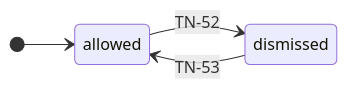
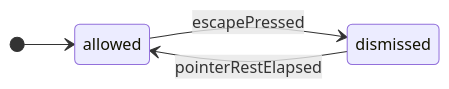
Diagram 12 of 14 in docs/spec/_assets/tbl-state-machines.md (GoodRelax/gr-scheduler), drawn with Mermaid before and after one commit. The commit also changed other lines of this file and 22 other files, not shown here.

````diff
--- a/docs/spec/_assets/tbl-state-machines.md
+++ b/docs/spec/_assets/tbl-state-machines.md
@@ -328,9 +378,9 @@
 ```mermaid
 stateDiagram-v2
     direction LR
-    [*] --> screen_tooltip_allowed
-    screen_tooltip_allowed : allowed
-    screen_tooltip_dismissed : dismissed
-    screen_tooltip_allowed --> screen_tooltip_dismissed : TN-52
-    screen_tooltip_dismissed --> screen_tooltip_allowed : TN-53
+    [*] --> tooltipDisplayStateMachine_allowed
+    tooltipDisplayStateMachine_allowed : allowed
+    tooltipDisplayStateMachine_dismissed : dismissed
+    tooltipDisplayStateMachine_allowed --> tooltipDisplayStateMachine_dismissed : escapePressed
+    tooltipDisplayStateMachine_dismissed --> tooltipDisplayStateMachine_allowed : pointerRestElapsed
 ```
````
